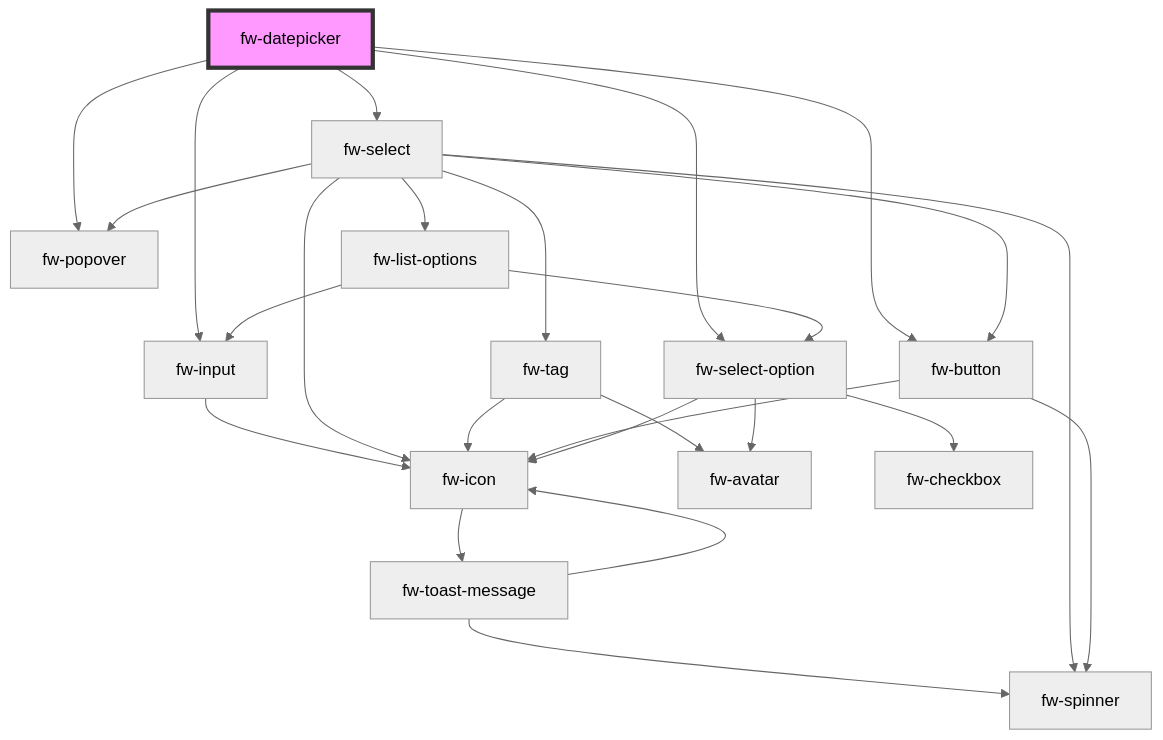
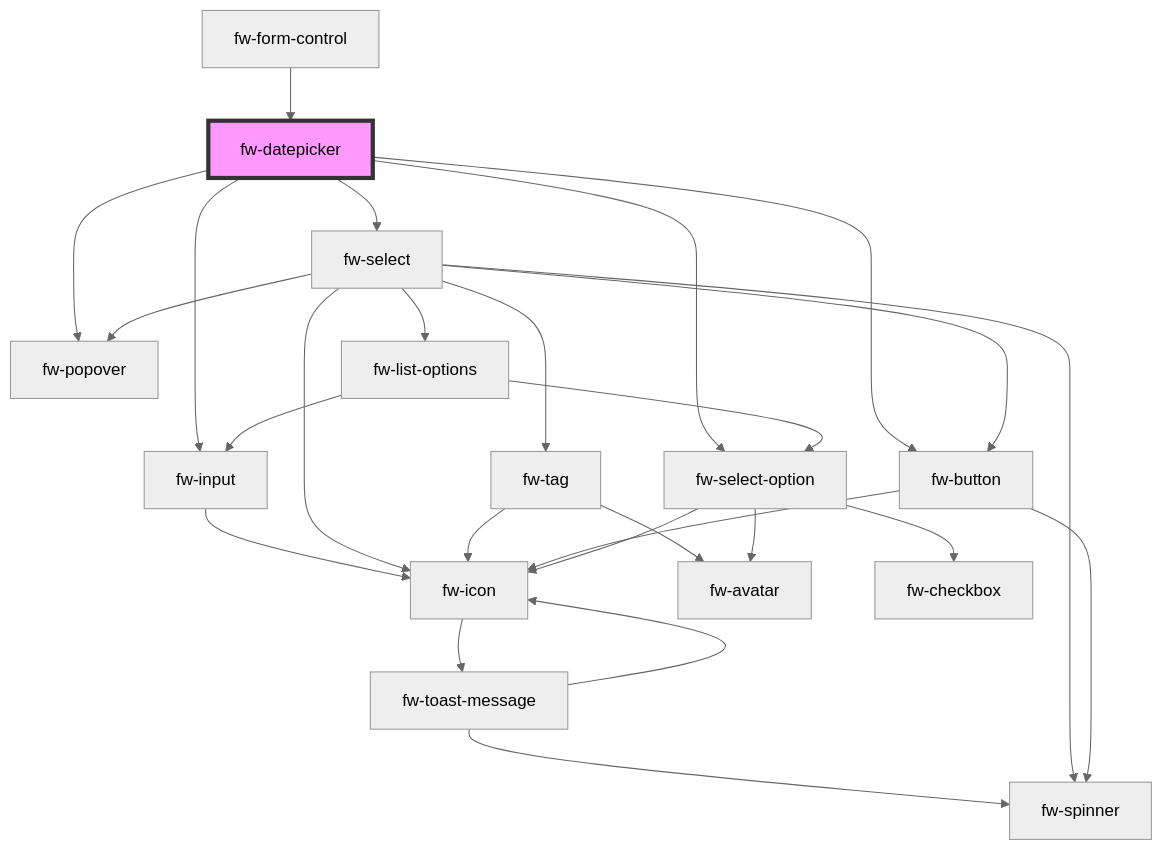
One commit to freshworks/crayons changed the diagram in packages/crayons-core/src/components/datepicker/readme.md. Above: the diagram before and after it, drawn with Mermaid (neutral theme). The commit also changed other lines of this file and 12 other files, not shown here.

Commit message:
feat(form-control): form-control with form handling via slots

````diff
--- a/packages/crayons-core/src/components/datepicker/readme.md
+++ b/packages/crayons-core/src/components/datepicker/readme.md
@@ -110,28 +114,29 @@
 ```mermaid
 graph TD;
   fw-datepicker --> fw-popover
   fw-datepicker --> fw-input
   fw-datepicker --> fw-select
   fw-datepicker --> fw-select-option
   fw-datepicker --> fw-button
   fw-input --> fw-icon
   fw-icon --> fw-toast-message
   fw-toast-message --> fw-spinner
   fw-toast-message --> fw-icon
   fw-select --> fw-tag
   fw-select --> fw-popover
   fw-select --> fw-button
   fw-select --> fw-spinner
   fw-select --> fw-icon
   fw-select --> fw-list-options
   fw-tag --> fw-avatar
   fw-tag --> fw-icon
   fw-button --> fw-spinner
   fw-button --> fw-icon
   fw-list-options --> fw-select-option
   fw-list-options --> fw-input
   fw-select-option --> fw-icon
   fw-select-option --> fw-checkbox
   fw-select-option --> fw-avatar
+  fw-form-control --> fw-datepicker
   style fw-datepicker fill:#f9f,stroke:#333,stroke-width:4px
 ```
````
